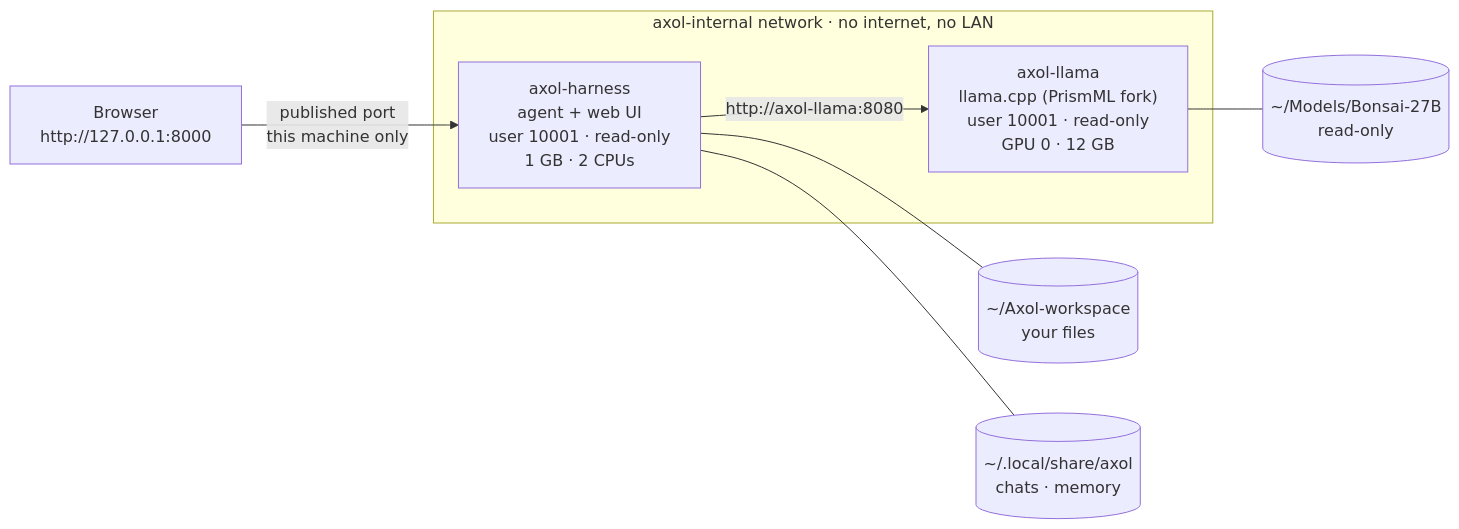
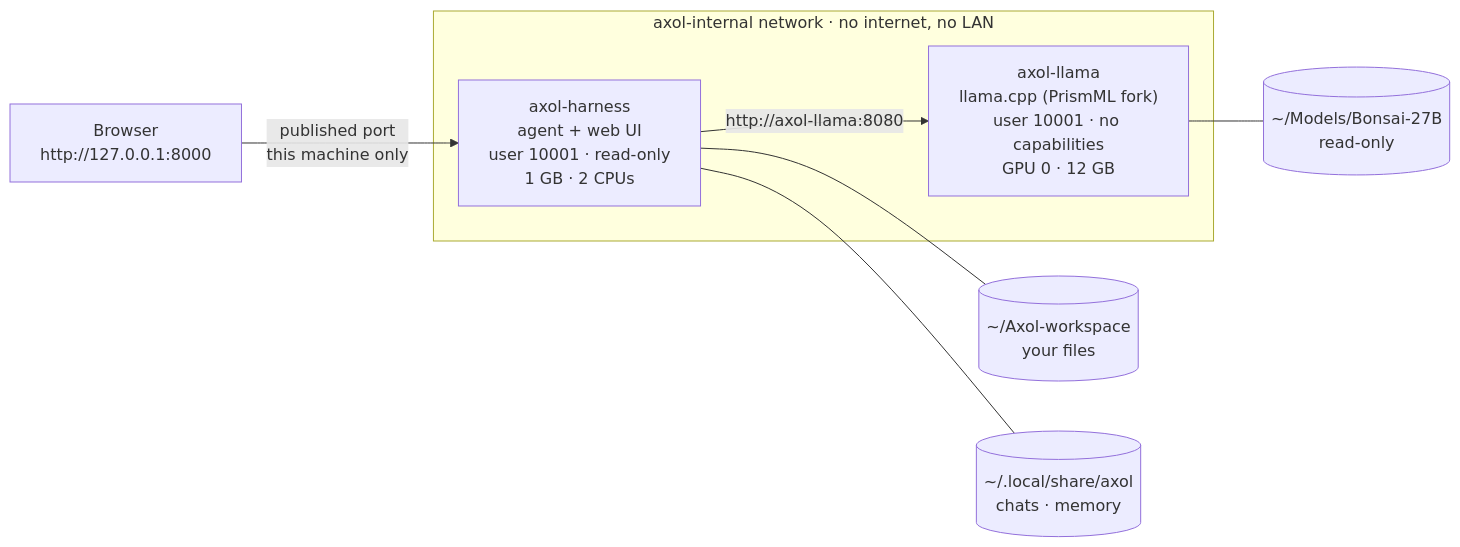
The diagram in docs/Architecture/Containers.md (LS-Stray-Synapses/Axol), drawn with Mermaid before and after one commit. The commit also changed other lines of this file and 2 other files, not shown here.

First line of the commit message:
Docs: why the model container isn't read-only

````diff
--- a/docs/Architecture/Containers.md
+++ b/docs/Architecture/Containers.md
@@ -14,14 +14,14 @@
 ```mermaid
 flowchart LR
     B["Browser<br/>http://127.0.0.1:8000"] -- "published port<br/>this machine only" --> H
 
     subgraph NET["axol-internal network · no internet, no LAN"]
         H["axol-harness<br/>agent + web UI<br/>user 10001 · read-only<br/>1 GB · 2 CPUs"]
-        L["axol-llama<br/>llama.cpp (PrismML fork)<br/>user 10001 · read-only<br/>GPU 0 · 12 GB"]
+        L["axol-llama<br/>llama.cpp (PrismML fork)<br/>user 10001 · no capabilities<br/>GPU 0 · 12 GB"]
     end
 
     H -- "http://axol-llama:8080" --> L
     H --- W[("~/Axol-workspace<br/>your files")]
     H --- D[("~/.local/share/axol<br/>chats · memory")]
     L --- M[("~/Models/Bonsai-27B<br/>read-only")]
 ```
````
